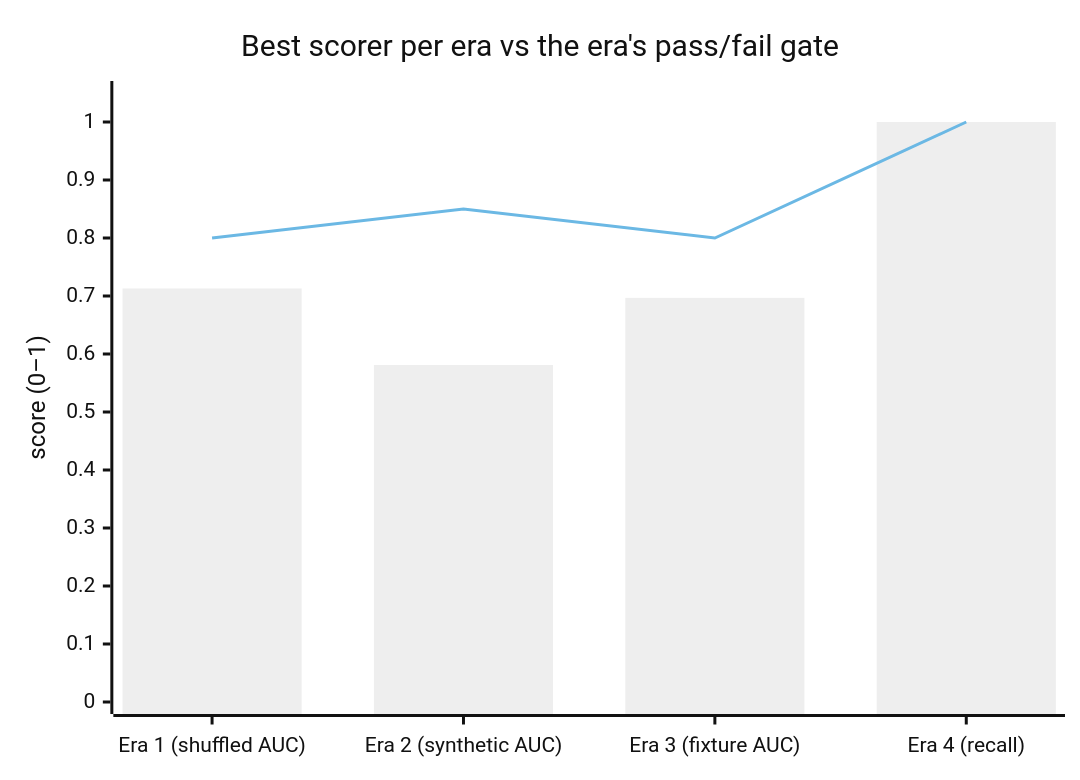
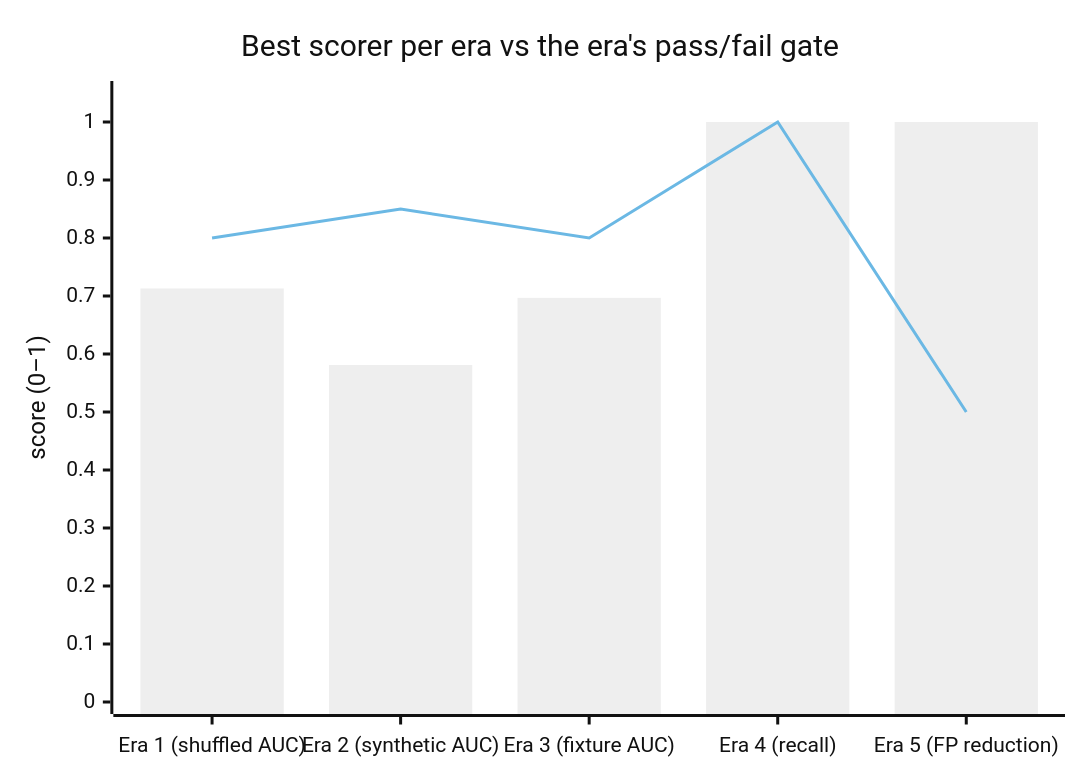
Before and after one commit to get-tmonier/argot: the second of 2 diagrams in docs/research/README.md, drawn with Mermaid (neutral theme). The commit also changed other lines of this file, not shown here.

Commit message:
docs(research): thread era 5 through README (flow, timeline, chart, next)

````diff
--- a/docs/research/README.md
+++ b/docs/research/README.md
@@ -48,8 +53,8 @@
 ```mermaid
 xychart-beta
     title "Best scorer per era vs the era's pass/fail gate"
-    x-axis ["Era 1 (shuffled AUC)", "Era 2 (synthetic AUC)", "Era 3 (fixture AUC)", "Era 4 (recall)"]
+    x-axis ["Era 1 (shuffled AUC)", "Era 2 (synthetic AUC)", "Era 3 (fixture AUC)", "Era 4 (recall)", "Era 5 (FP reduction)"]
     y-axis "score (0–1)" 0 --> 1.05
-    bar [0.713, 0.581, 0.6968, 1.0]
-    line [0.80, 0.85, 0.80, 1.0]
+    bar [0.713, 0.581, 0.6968, 1.0, 1.00]
+    line [0.80, 0.85, 0.80, 1.0, 0.50]
 ```
````
